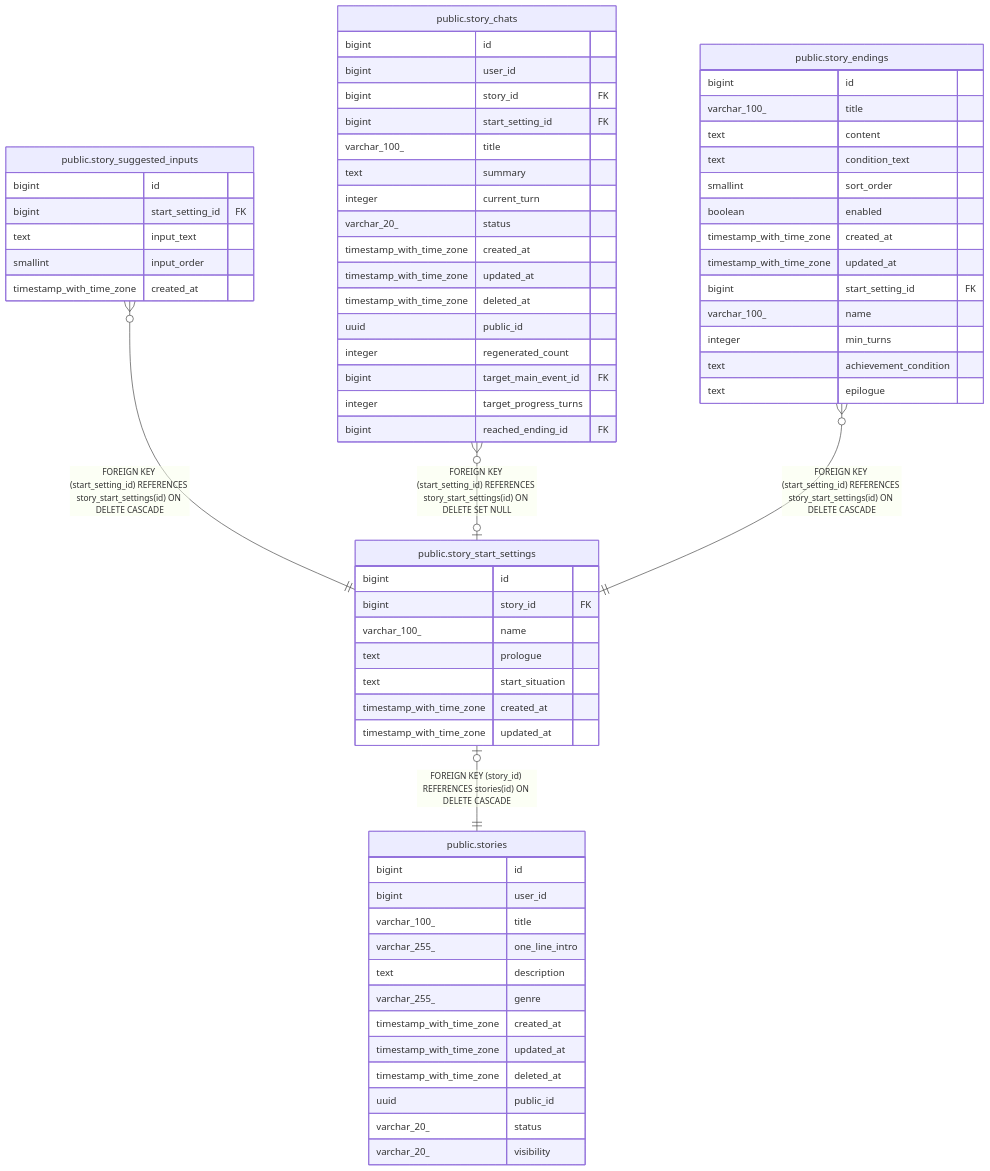
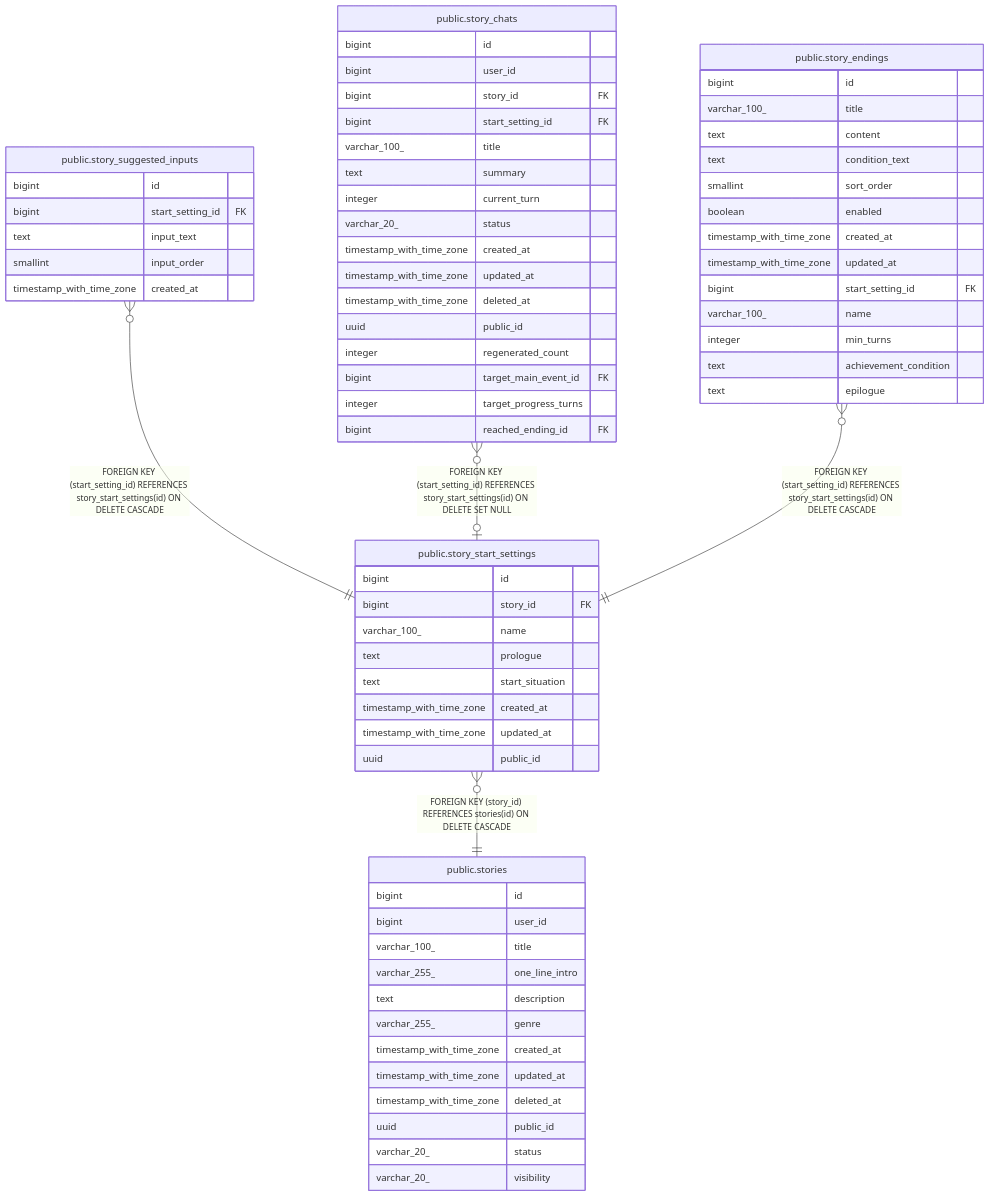
The diagram in dbdoc/public.story_start_settings.md (KIM-N-KANG/manyak-server), drawn with Mermaid before and after one commit. The commit also changed other lines of this file and 39 other files, not shown here.

First line of the commit message:
[KNK-515] Feat: 스토리 시작 설정 복수화 와이어 개편(startSettings[]) (#139)

````diff
--- a/dbdoc/public.story_start_settings.md
+++ b/dbdoc/public.story_start_settings.md
@@ -32,72 +34,73 @@
 ```mermaid
 erDiagram
 
 "public.story_suggested_inputs" }o--|| "public.story_start_settings" : "FOREIGN KEY (start_setting_id) REFERENCES story_start_settings(id) ON DELETE CASCADE"
 "public.story_chats" }o--o| "public.story_start_settings" : "FOREIGN KEY (start_setting_id) REFERENCES story_start_settings(id) ON DELETE SET NULL"
 "public.story_endings" }o--|| "public.story_start_settings" : "FOREIGN KEY (start_setting_id) REFERENCES story_start_settings(id) ON DELETE CASCADE"
-"public.story_start_settings" |o--|| "public.stories" : "FOREIGN KEY (story_id) REFERENCES stories(id) ON DELETE CASCADE"
+"public.story_start_settings" }o--|| "public.stories" : "FOREIGN KEY (story_id) REFERENCES stories(id) ON DELETE CASCADE"
 
 "public.story_start_settings" {
   bigint id
   bigint story_id FK
   varchar_100_ name
   text prologue
   text start_situation
   timestamp_with_time_zone created_at
   timestamp_with_time_zone updated_at
+  uuid public_id
 }
 "public.story_suggested_inputs" {
   bigint id
   bigint start_setting_id FK
   text input_text
   smallint input_order
   timestamp_with_time_zone created_at
 }
 "public.story_chats" {
   bigint id
   bigint user_id
   bigint story_id FK
   bigint start_setting_id FK
   varchar_100_ title
   text summary
   integer current_turn
   varchar_20_ status
   timestamp_with_time_zone created_at
   timestamp_with_time_zone updated_at
   timestamp_with_time_zone deleted_at
   uuid public_id
   integer regenerated_count
   bigint target_main_event_id FK
   integer target_progress_turns
   bigint reached_ending_id FK
 }
 "public.story_endings" {
   bigint id
   varchar_100_ title
   text content
   text condition_text
   smallint sort_order
   boolean enabled
   timestamp_with_time_zone created_at
   timestamp_with_time_zone updated_at
   bigint start_setting_id FK
   varchar_100_ name
   integer min_turns
   text achievement_condition
   text epilogue
 }
 "public.stories" {
   bigint id
   bigint user_id
   varchar_100_ title
   varchar_255_ one_line_intro
   text description
   varchar_255_ genre
   timestamp_with_time_zone created_at
   timestamp_with_time_zone updated_at
   timestamp_with_time_zone deleted_at
   uuid public_id
   varchar_20_ status
   varchar_20_ visibility
 }
 ```
````
